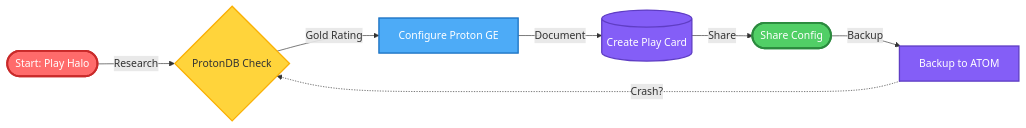
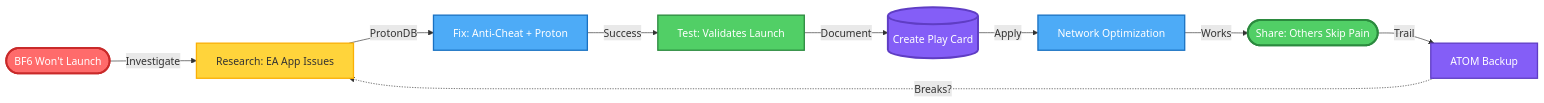
The first of 2 diagrams in README.md (toolate28/kenl), drawn with Mermaid before and after one commit. The commit also changed other lines of this file, not shown here.

First line of the commit message:
docs: replace Halo Infinite with Battlefield 6 as flagship example

````diff
--- a/README.md
+++ b/README.md
@@ -43,23 +45,29 @@
 ```mermaid
 graph LR
-    A([Start: Play Halo])
-    B{ProtonDB Check}
-    C[Configure Proton GE]
-    D[(Create Play Card)]
-    E([Share Config])
-    F[Backup to ATOM]
+    A([BF6 Won't Launch])
+    B[Research: EA App Issues]
+    C[Fix: Anti-Cheat + Proton]
+    D[Test: Validates Launch]
+    E[(Create Play Card)]
+    F[Network Optimization]
+    G([Share: Others Skip Pain])
+    H[ATOM Backup]
 
-    A -->|Research| B
-    B -->|Gold Rating| C
-    C -->|Document| D
-    D -->|Share| E
-    E -->|Backup| F
-    F -.->|Crash?| B
+    A -->|Investigate| B
+    B -->|ProtonDB| C
+    C -->|Success| D
+    D -->|Document| E
+    E -->|Apply| F
+    F -->|Works| G
+    G -->|Trail| H
+    H -.->|Breaks?| B
 
     style A fill:#ff6b6b,stroke:#c92a2a,stroke-width:3px,color:#fff
     style B fill:#ffd43b,stroke:#fab005,stroke-width:2px
     style C fill:#4dabf7,stroke:#1971c2,stroke-width:2px,color:#fff
-    style D fill:#845ef7,stroke:#5f3dc4,stroke-width:2px,color:#fff
-    style E fill:#51cf66,stroke:#2b8a3e,stroke-width:3px,color:#fff
-    style F fill:#845ef7,stroke:#5f3dc4,stroke-width:2px,color:#fff
+    style D fill:#51cf66,stroke:#2b8a3e,stroke-width:2px,color:#fff
+    style E fill:#845ef7,stroke:#5f3dc4,stroke-width:3px,color:#fff
+    style F fill:#4dabf7,stroke:#1971c2,stroke-width:2px,color:#fff
+    style G fill:#51cf66,stroke:#2b8a3e,stroke-width:3px,color:#fff
+    style H fill:#845ef7,stroke:#5f3dc4,stroke-width:2px,color:#fff
 ```
````
